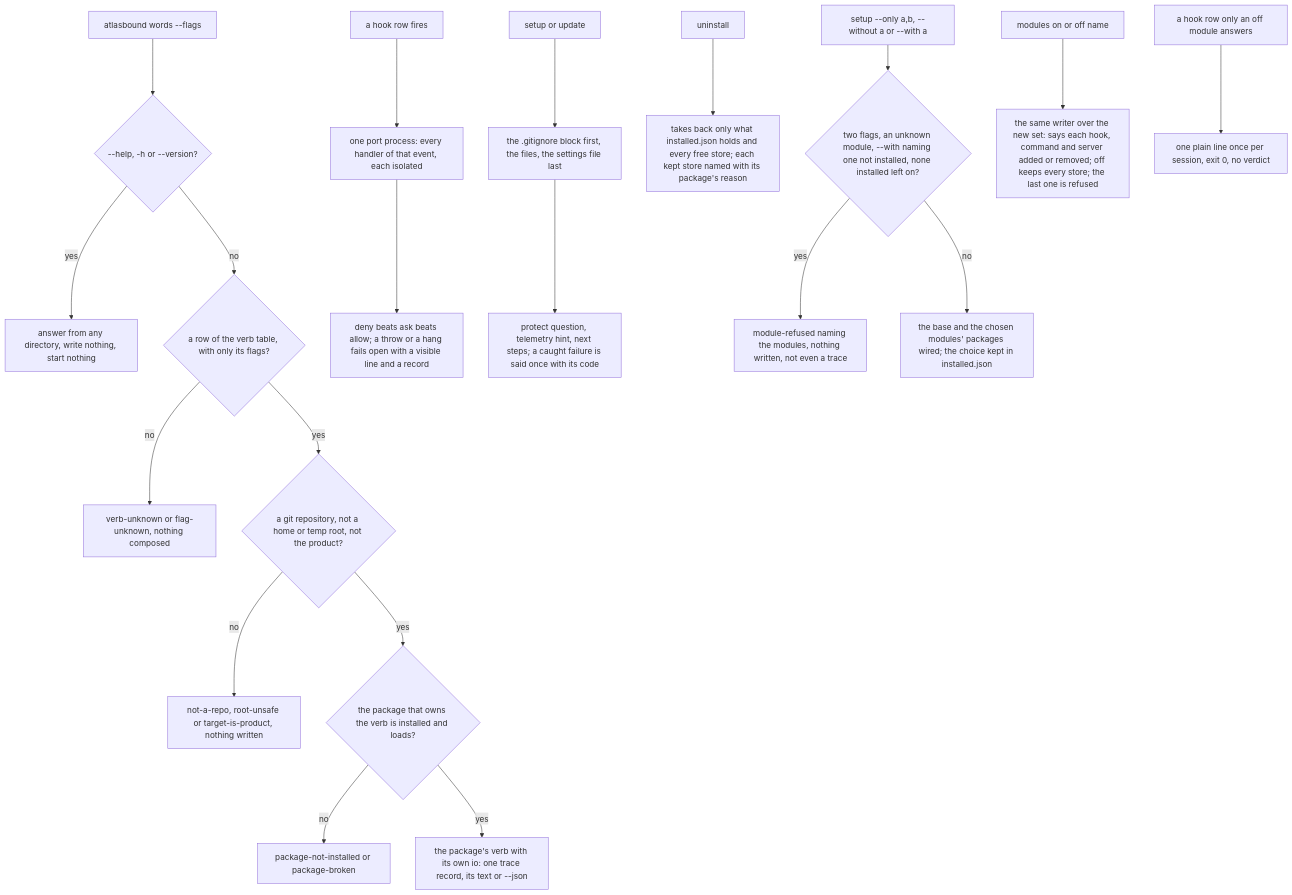
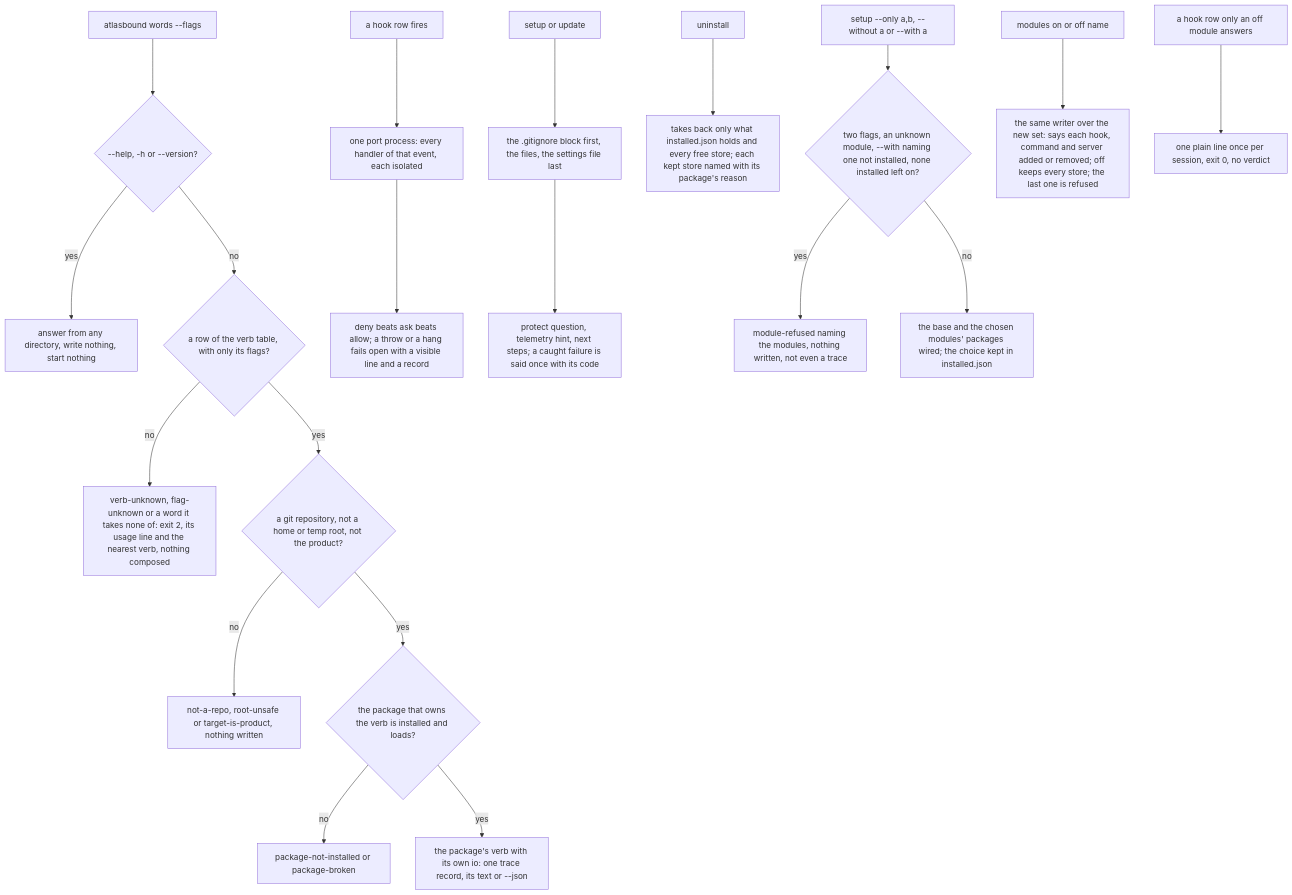
Before and after one commit to Bariscanates404/decisionbook: the diagram in packages/cli/README.md, drawn with Mermaid. The commit also changed other lines of this file and 291 other files, not shown here.

````diff
--- a/packages/cli/README.md
+++ b/packages/cli/README.md
@@ -10,22 +10,22 @@
 ```mermaid
 flowchart TD
   B[atlasbound words --flags] --> Q{--help, -h or --version?}
   Q -->|yes| H[answer from any directory, write nothing, start nothing]
   Q -->|no| T{a row of the verb table, with only its flags?}
-  T -->|no| R[verb-unknown or flag-unknown, nothing composed]
+  T -->|no| R[verb-unknown, flag-unknown or a word it takes none of: exit 2, its usage line and the nearest verb, nothing composed]
   T -->|yes| C{a git repository, not a home or temp root, not the product?}
   C -->|no| N[not-a-repo, root-unsafe or target-is-product, nothing written]
   C -->|yes| P{the package that owns the verb is installed and loads?}
   P -->|no| M[package-not-installed or package-broken]
   P -->|yes| V[the package's verb with its own io: one trace record, its text or --json]
   K[a hook row fires] --> O[one port process: every handler of that event, each isolated]
   O --> D[deny beats ask beats allow; a throw or a hang fails open with a visible line and a record]
   S[setup or update] --> W[the .gitignore block first, the files, the settings file last]
   W --> F[protect question, telemetry hint, next steps; a caught failure is said once with its code]
   U[uninstall] --> X[takes back only what installed.json holds and every free store; each kept store named with its package's reason]
   MF[setup --only a,b, --without a or --with a] --> MC{two flags, an unknown module, --with naming one not installed, none installed left on?}
   MC -->|yes| MR[module-refused naming the modules, nothing written, not even a trace]
   MC -->|no| MW[the base and the chosen modules' packages wired; the choice kept in installed.json]
   MO[modules on or off name] --> MW2[the same writer over the new set: says each hook, command and server added or removed; off keeps every store; the last one is refused]
   MS[a hook row only an off module answers] --> ML[one plain line once per session, exit 0, no verdict]
 ```
````
